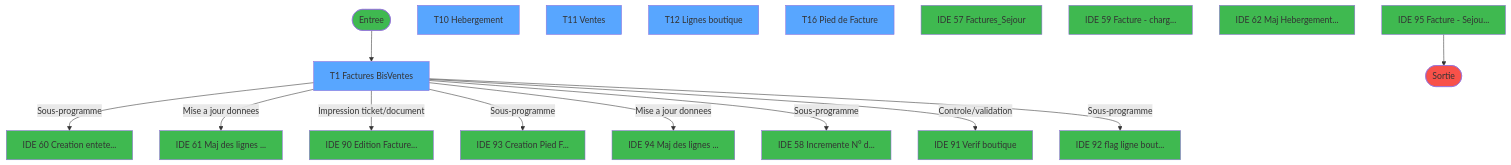
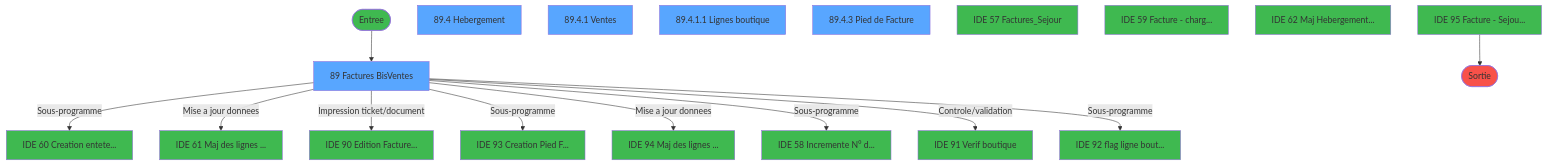
One commit to thonyAGP/lecteur-magic changed the first of 4 diagrams in .openspec/specs/ADH-IDE-89.md. Above: the diagram before and after it, drawn with Mermaid. The commit also changed other lines of this file and 493 other files, not shown here.

````diff
--- a/.openspec/specs/ADH-IDE-89.md
+++ b/.openspec/specs/ADH-IDE-89.md
@@ -1722,51 +1804,51 @@
 ```mermaid
 flowchart TD
     START([Entree])
     style START fill:#3fb950
-    VF1[T1 Factures BisVentes]
+    VF1[89 Factures BisVentes]
     style VF1 fill:#58a6ff
-    VF10[T10 Hebergement]
+    VF10[89.4 Hebergement]
     style VF10 fill:#58a6ff
-    VF11[T11 Ventes]
+    VF11[89.4.1 Ventes]
     style VF11 fill:#58a6ff
-    VF12[T12 Lignes boutique]
+    VF12[89.4.1.1 Lignes boutique]
     style VF12 fill:#58a6ff
-    VF16[T16 Pied de Facture]
+    VF16[89.4.3 Pied de Facture]
     style VF16 fill:#58a6ff
     EXT60[IDE 60 Creation entete...]
     style EXT60 fill:#3fb950
     EXT61[IDE 61 Maj des lignes ...]
     style EXT61 fill:#3fb950
     EXT90[IDE 90 Edition Facture...]
     style EXT90 fill:#3fb950
     EXT93[IDE 93 Creation Pied F...]
     style EXT93 fill:#3fb950
     EXT94[IDE 94 Maj des lignes ...]
     style EXT94 fill:#3fb950
     EXT58[IDE 58 Incremente N° d...]
     style EXT58 fill:#3fb950
     EXT91[IDE 91 Verif boutique]
     style EXT91 fill:#3fb950
     EXT92[IDE 92 flag ligne bout...]
     style EXT92 fill:#3fb950
     EXT57[IDE 57 Factures_Sejour]
     style EXT57 fill:#3fb950
     EXT59[IDE 59 Facture - charg...]
     style EXT59 fill:#3fb950
     EXT62[IDE 62 Maj Hebergement...]
     style EXT62 fill:#3fb950
     EXT95[IDE 95 Facture - Sejou...]
     style EXT95 fill:#3fb950
     FIN([Sortie])
     style FIN fill:#f85149
     START --> VF1
     VF1 -->|Sous-programme| EXT60
     VF1 -->|Mise a jour donnees| EXT61
     VF1 -->|Impression ticket/document| EXT90
     VF1 -->|Sous-programme| EXT93
     VF1 -->|Mise a jour donnees| EXT94
     VF1 -->|Sous-programme| EXT58
     VF1 -->|Controle/validation| EXT91
     VF1 -->|Sous-programme| EXT92
     EXT95 --> FIN
 ```
````
